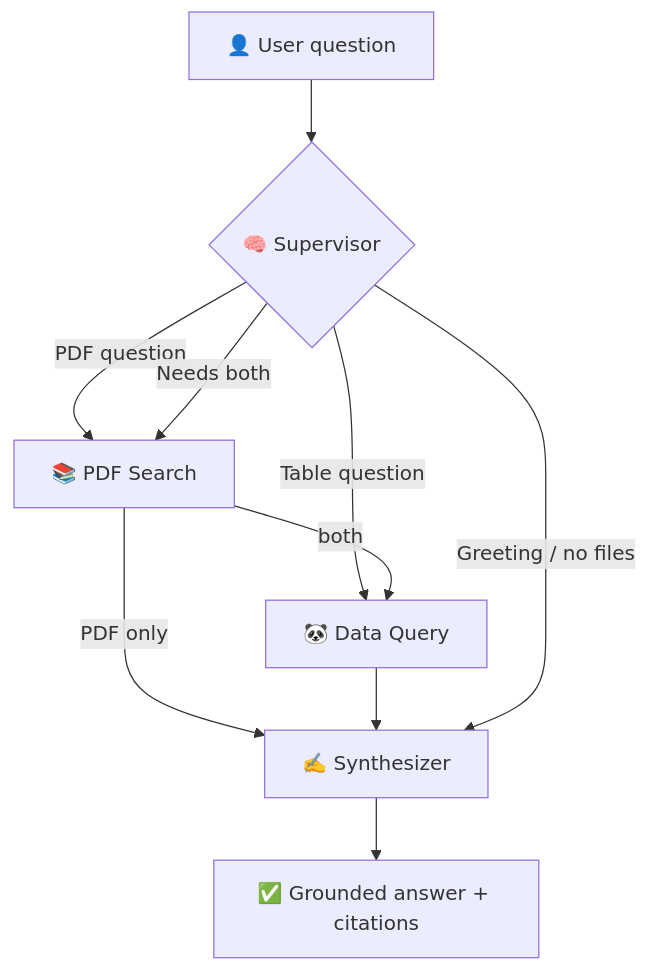
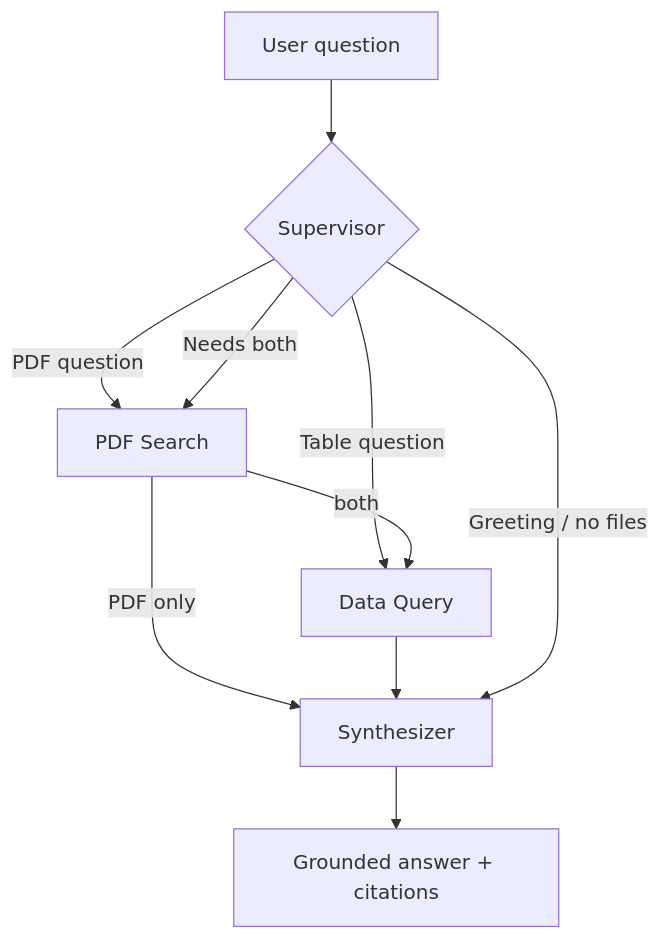
One commit to yashbhure009/Multi_Doc_AI_Agent changed the diagram in README.md. Above: the diagram before and after it, drawn with Mermaid.

Commit message:
Fix formatting in architecture diagram in README

````diff
--- a/README.md
+++ b/README.md
@@ -51,12 +51,12 @@
 ```mermaid
 flowchart TD
-    U[👤 User question] --> S{🧠 Supervisor}
-    S -->|PDF question| P[📚 PDF Search]
-    S -->|Table question| D[🐼 Data Query]
+    U[User question] --> S{Supervisor}
+    S -->|PDF question| P[PDF Search]
+    S -->|Table question| D[Data Query]
     S -->|Needs both| P
     P -->|both| D
-    P -->|PDF only| Y[✍️ Synthesizer]
+    P -->|PDF only| Y[Synthesizer]
     D --> Y
     S -->|Greeting / no files| Y
-    Y --> A[✅ Grounded answer + citations]
+    Y --> A[Grounded answer + citations]
 ```
````
